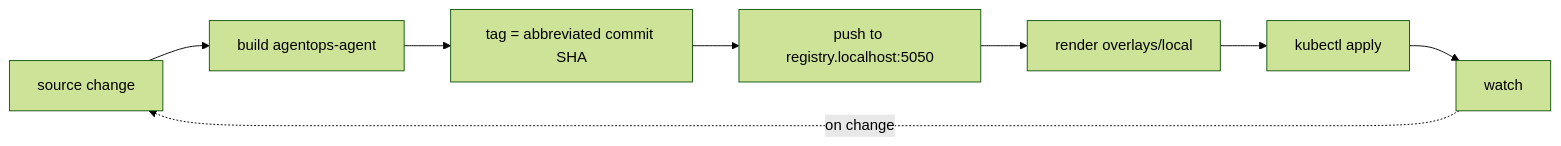
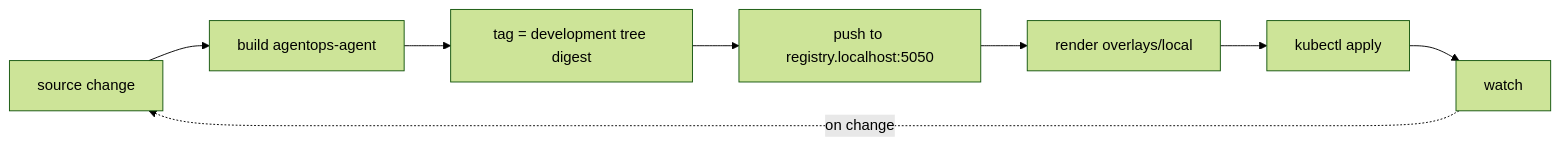
One commit to LuiGGi629/agentops-open-course changed the third of 3 diagrams in content/6. Platform/6.2. Platform Install.md. Above: the diagram before and after it, drawn with Mermaid (forest theme). The commit also changed other lines of this file and 87 other files, not shown here.

````diff
--- a/content/6. Platform/6.2. Platform Install.md
+++ b/content/6. Platform/6.2. Platform Install.md
@@ -305,10 +305,10 @@
 ```mermaid
 flowchart LR
     Src["source change"] --> B["build agentops-agent"]
-    B --> T["tag = abbreviated commit SHA"]
+    B --> T["tag = development tree digest"]
     T --> Push["push to registry.localhost:5050"]
     Push --> R["render overlays/local"]
     R --> A["kubectl apply"]
     A --> W["watch"]
     W -. on change .-> Src
 ```
````
